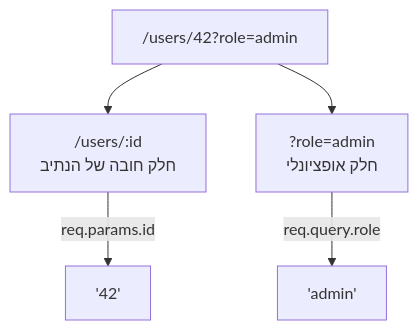
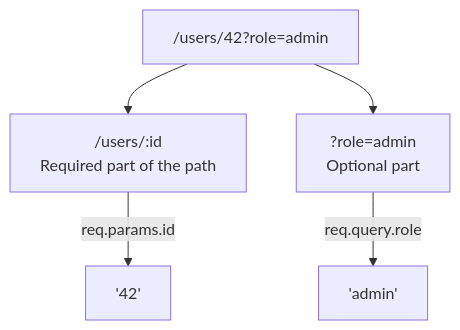
Before and after one commit to neriyaMalachi/FullStack_kodkode_5: the diagram in content/docs/server/31-express-params-query-content.md, drawn with Mermaid. The commit also changed other lines of this file and 117 other files, not shown here.

````diff
--- a/content/docs/server/31-express-params-query-content.md
+++ b/content/docs/server/31-express-params-query-content.md
@@ -46,10 +46,10 @@
 ```mermaid
 flowchart TD
     URL["/users/42?role=admin"]
     URL --> Path["/users/:id
-    חלק חובה של הנתיב"]
+    Required part of the path"]
     URL --> Query["?role=admin
-    חלק אופציונלי"]
+    Optional part"]
     Path -->|"req.params.id"| P["'42'"]
     Query -->|"req.query.role"| Q["'admin'"]
 ```
````
